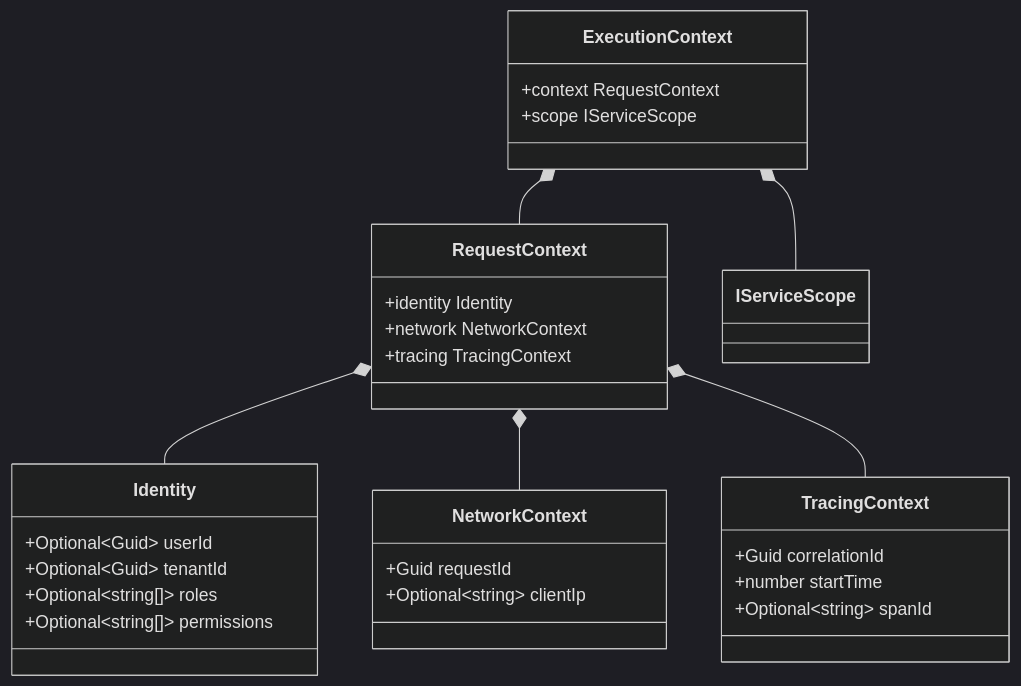
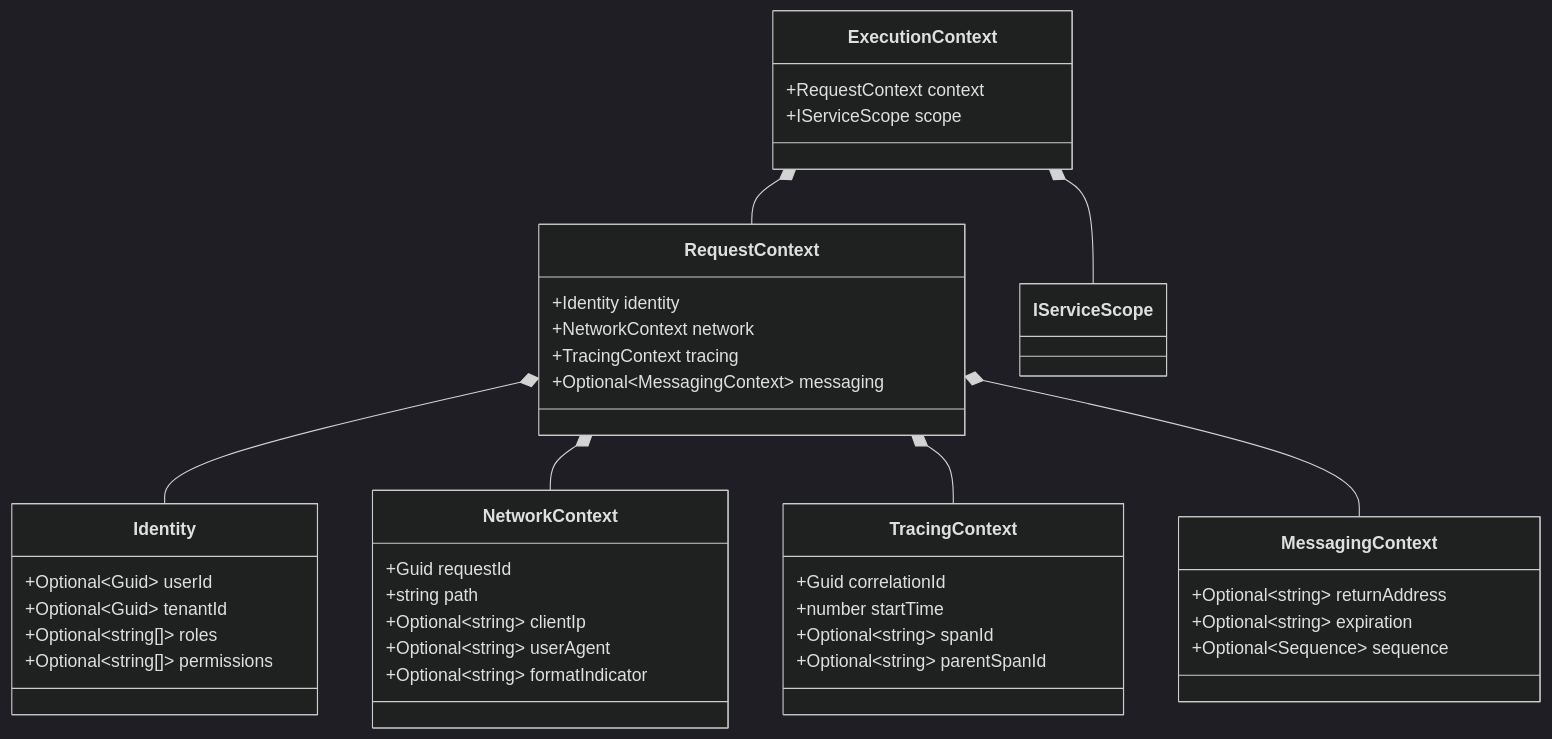
The diagram in documentation/execution-context-middleware/execution-context-composition.md (xeno-js/xeno-js), drawn with Mermaid (dark theme) before and after one commit. The commit also changed other lines of this file and 9 other files, not shown here.

````diff
--- a/documentation/execution-context-middleware/execution-context-composition.md
+++ b/documentation/execution-context-middleware/execution-context-composition.md
@@ -68,34 +95,45 @@
 ```mermaid
 classDiagram
     class ExecutionContext {
-    +context RequestContext
-        +scope IServiceScope
+        +RequestContext context
+        +IServiceScope scope
     }
-  class RequestContext {
-    +identity Identity
-        +network NetworkContext
-        +tracing TracingContext
+    class RequestContext {
+        +Identity identity
+        +NetworkContext network
+        +TracingContext tracing
+        +Optional~MessagingContext~ messaging
     }
-  class Identity {
-    +Optional~Guid~ userId
-    +Optional~Guid~ tenantId
+    class Identity {
+        +Optional~Guid~ userId
+        +Optional~Guid~ tenantId
         +Optional~string[]~ roles
         +Optional~string[]~ permissions
     }
     class NetworkContext {
         +Guid requestId
+        +string path
         +Optional~string~ clientIp
+        +Optional~string~ userAgent
+        +Optional~string~ formatIndicator
     }
     class TracingContext {
         +Guid correlationId
         +number startTime
         +Optional~string~ spanId
+        +Optional~string~ parentSpanId
+    }
+    class MessagingContext {
+        +Optional~string~ returnAddress
+        +Optional~string~ expiration
+        +Optional~Sequence~ sequence
     }
 
     ExecutionContext *-- RequestContext
     ExecutionContext *-- IServiceScope
     RequestContext *-- Identity
     RequestContext *-- NetworkContext
     RequestContext *-- TracingContext
+    RequestContext *-- MessagingContext
 
 ```
````
